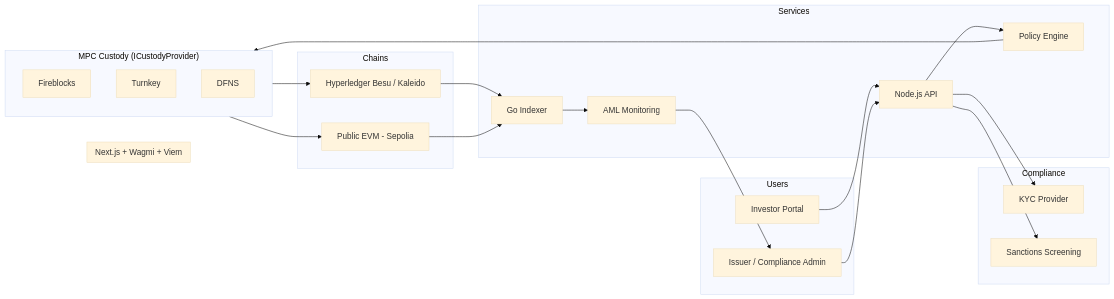
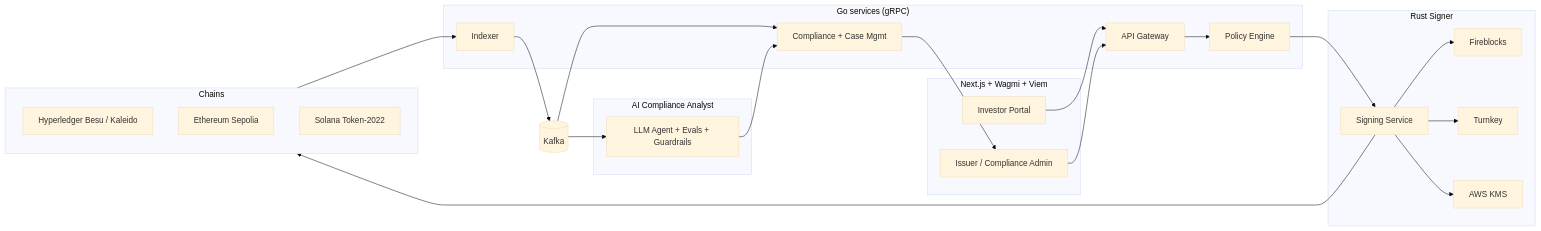
One commit to colemanwhaylon/meridian-vault-showcase changed the diagram in README.md. Above: the diagram before and after it, drawn with Mermaid (base theme). The commit also changed other lines of this file, not shown here.

Commit message:
Update showcase: AI compliance analyst, Rust signer, Kafka, ERC-4626/7540, engineering approach
Claude-Session: https://claude.ai/code/session_01T3UQAPn51tQ8EMJ7hLqu91

````diff
--- a/README.md
+++ b/README.md
@@ -31,40 +31,39 @@
 ```mermaid
 flowchart LR
-  subgraph Users
+  subgraph Frontend["Next.js + Wagmi + Viem"]
     I[Investor Portal]
     A[Issuer / Compliance Admin]
   end
-  subgraph Frontend["Next.js + Wagmi + Viem"]
-    I
-    A
+  subgraph Services["Go services (gRPC)"]
+    API[API Gateway]
+    POL[Policy Engine]
+    CMP[Compliance + Case Mgmt]
+    IDX[Indexer]
   end
-  subgraph Services
-    API[Node.js API]
-    POL[Policy Engine]
-    MON[AML Monitoring]
-    IDX[Go Indexer]
-  end
-  subgraph Custody["MPC Custody (ICustodyProvider)"]
+  subgraph Custody["Rust Signer"]
+    SG[Signing Service]
     FB[Fireblocks]
     TK[Turnkey]
-    DF[DFNS]
+    KMS[AWS KMS]
   end
-  subgraph Compliance
-    KYC[KYC Provider]
-    SAN[Sanctions Screening]
+  subgraph AI["AI Compliance Analyst"]
+    AG[LLM Agent + Evals + Guardrails]
   end
+  K[(Kafka)]
   subgraph Chains
     BESU[Hyperledger Besu / Kaleido]
-    SEP[Public EVM - Sepolia]
+    SEP[Ethereum Sepolia]
+    SOL[Solana Token-2022]
   end
   I --> API
   A --> API
-  API --> POL --> Custody
-  API --> KYC
-  API --> SAN
-  Custody --> BESU
-  Custody --> SEP
-  BESU --> IDX
-  SEP --> IDX
-  IDX --> MON --> A
+  API --> POL --> SG
+  SG --> FB
+  SG --> TK
+  SG --> KMS
+  SG --> Chains
+  Chains --> IDX --> K
+  K --> CMP
+  K --> AG
+  AG --> CMP --> A
 ```
````
